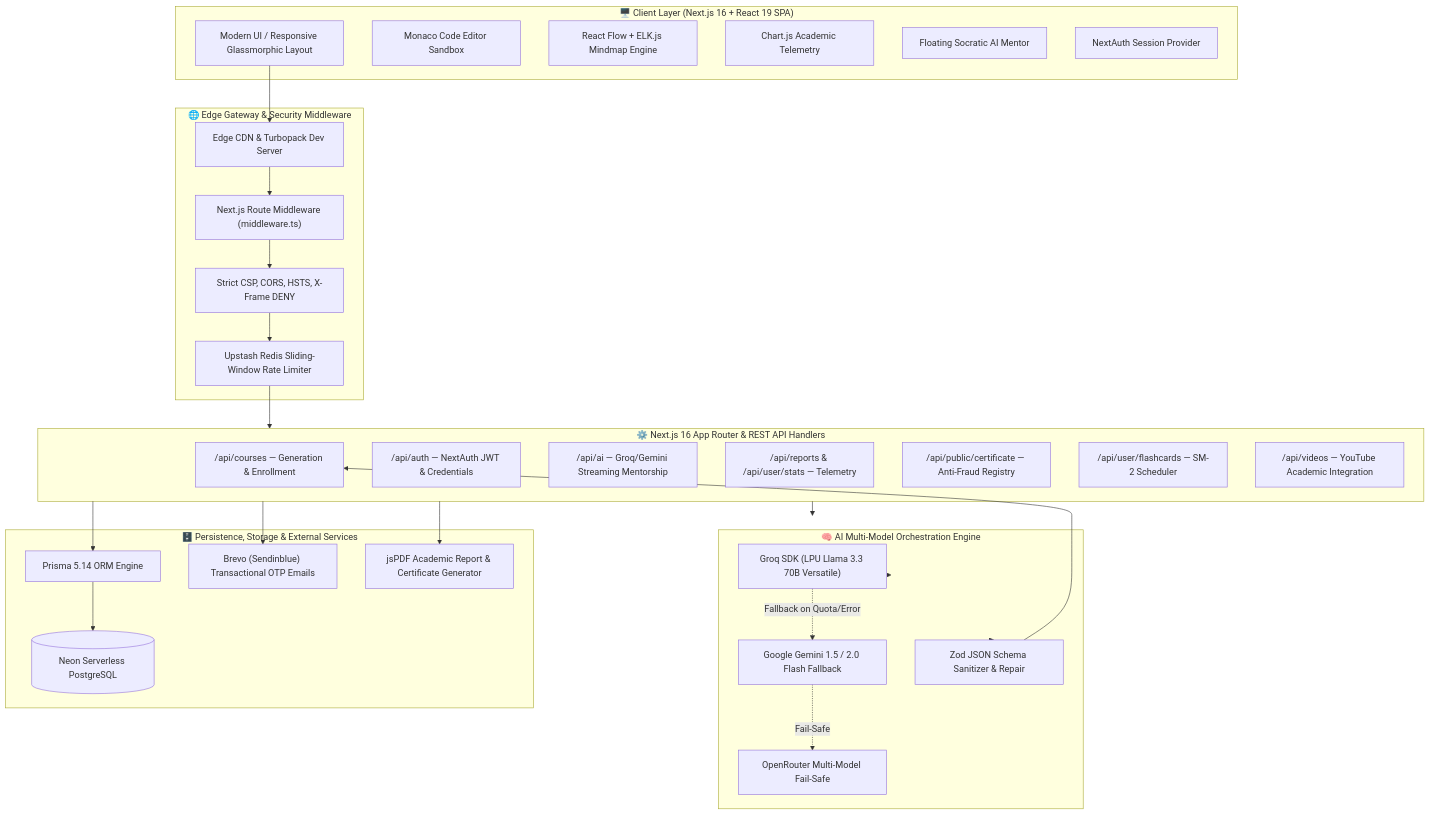
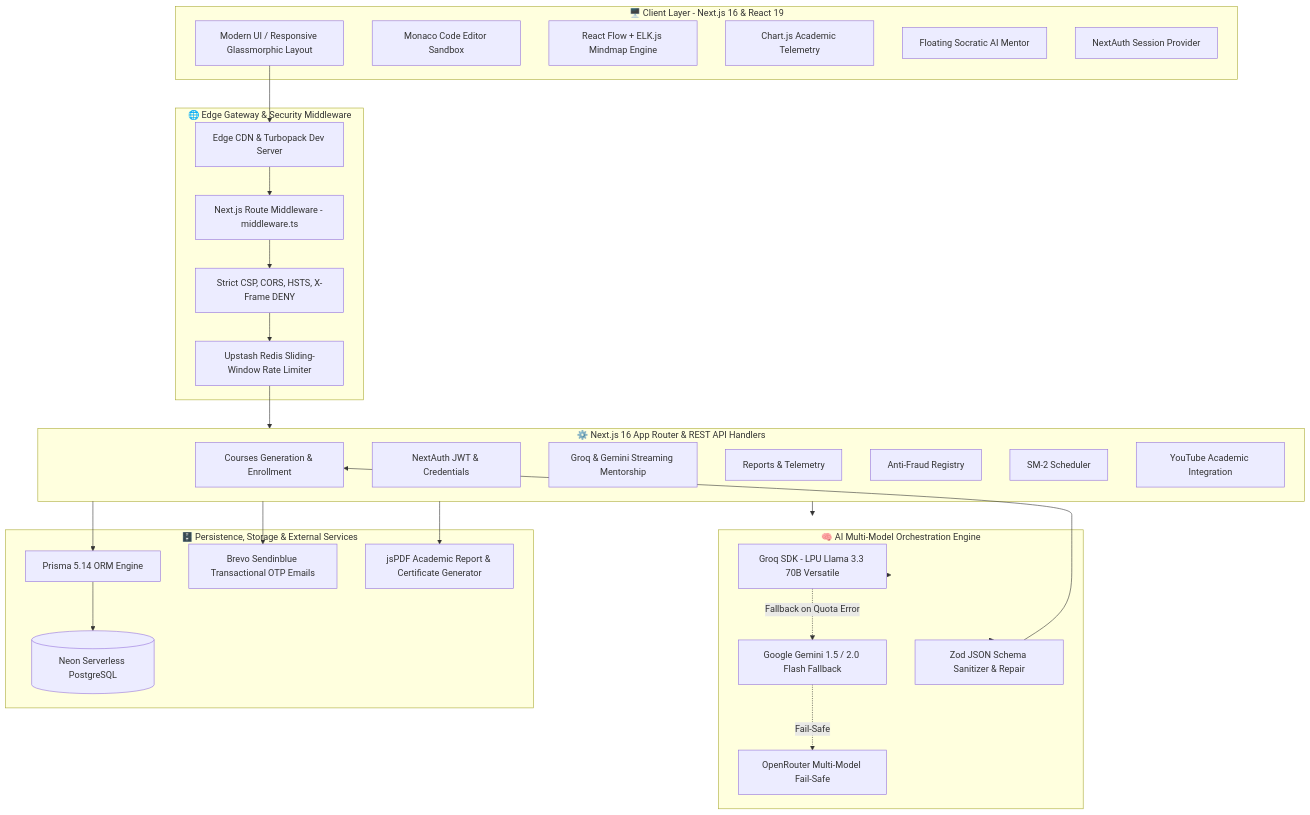
The first of 5 diagrams in README.md (Aniket-Meshram-dev/NexLearn-AI), drawn with Mermaid before and after one commit. The commit also changed other lines of this file, not shown here.

Commit message:
fix(docs): resolve GitHub Mermaid parser error by removing parentheses in edge labels and using graph LR

````diff
--- a/README.md
+++ b/README.md
@@ -327,53 +327,53 @@
 ```mermaid
 flowchart TD
-    subgraph ClientLayer ["🖥️ Client Layer (Next.js 16 + React 19 SPA)"]
+    subgraph ClientLayer ["🖥️ Client Layer - Next.js 16 & React 19"]
         UI["Modern UI / Responsive Glassmorphic Layout"]
         Monaco["Monaco Code Editor Sandbox"]
         ReactFlow["React Flow + ELK.js Mindmap Engine"]
         Charts["Chart.js Academic Telemetry"]
         MentorOrb["Floating Socratic AI Mentor"]
         AuthClient["NextAuth Session Provider"]
     end
 
     subgraph EdgeSecurity ["🌐 Edge Gateway & Security Middleware"]
         EdgeProxy["Edge CDN & Turbopack Dev Server"]
-        NextMiddleware["Next.js Route Middleware (middleware.ts)"]
+        NextMiddleware["Next.js Route Middleware - middleware.ts"]
         RateLimiter["Upstash Redis Sliding-Window Rate Limiter"]
         SecurityHeaders["Strict CSP, CORS, HSTS, X-Frame DENY"]
     end
 
     subgraph ServerAPIs ["⚙️ Next.js 16 App Router & REST API Handlers"]
-        CourseAPI["/api/courses — Generation & Enrollment"]
-        AuthAPI["/api/auth — NextAuth JWT & Credentials"]
-        AIAPI["/api/ai — Groq/Gemini Streaming Mentorship"]
-        ReportAPI["/api/reports & /api/user/stats — Telemetry"]
-        CertAPI["/api/public/certificate — Anti-Fraud Registry"]
-        FlashcardAPI["/api/user/flashcards — SM-2 Scheduler"]
-        VideoAPI["/api/videos — YouTube Academic Integration"]
+        CourseAPI["Courses Generation & Enrollment"]
+        AuthAPI["NextAuth JWT & Credentials"]
+        AIAPI["Groq & Gemini Streaming Mentorship"]
+        ReportAPI["Reports & Telemetry"]
+        CertAPI["Anti-Fraud Registry"]
+        FlashcardAPI["SM-2 Scheduler"]
+        VideoAPI["YouTube Academic Integration"]
     end
 
     subgraph AIOrchestration ["🧠 AI Multi-Model Orchestration Engine"]
-        GroqEngine["Groq SDK (LPU Llama 3.3 70B Versatile)"]
+        GroqEngine["Groq SDK - LPU Llama 3.3 70B Versatile"]
         GeminiEngine["Google Gemini 1.5 / 2.0 Flash Fallback"]
         OpenRouterEngine["OpenRouter Multi-Model Fail-Safe"]
         ZodValidator["Zod JSON Schema Sanitizer & Repair"]
     end
 
     subgraph DataPersistence ["🗄️ Persistence, Storage & External Services"]
         PrismaORM["Prisma 5.14 ORM Engine"]
         NeonDB[("Neon Serverless PostgreSQL")]
-        BrevoMail["Brevo (Sendinblue) Transactional OTP Emails"]
+        BrevoMail["Brevo Sendinblue Transactional OTP Emails"]
         PDFEngine["jsPDF Academic Report & Certificate Generator"]
     end
 
     UI --> EdgeProxy --> NextMiddleware --> SecurityHeaders --> RateLimiter
     RateLimiter --> ServerAPIs
     ServerAPIs --> AIOrchestration
     AIOrchestration --> GroqEngine
-    GroqEngine -.->|Fallback on Quota/Error| GeminiEngine
+    GroqEngine -.->|Fallback on Quota Error| GeminiEngine
     GeminiEngine -.->|Fail-Safe| OpenRouterEngine
     AIOrchestration --> ZodValidator --> CourseAPI
     ServerAPIs --> PrismaORM --> NeonDB
     ServerAPIs --> BrevoMail
     ServerAPIs --> PDFEngine
 ```
````
